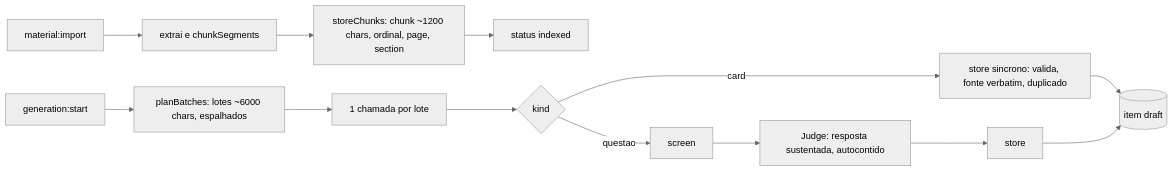
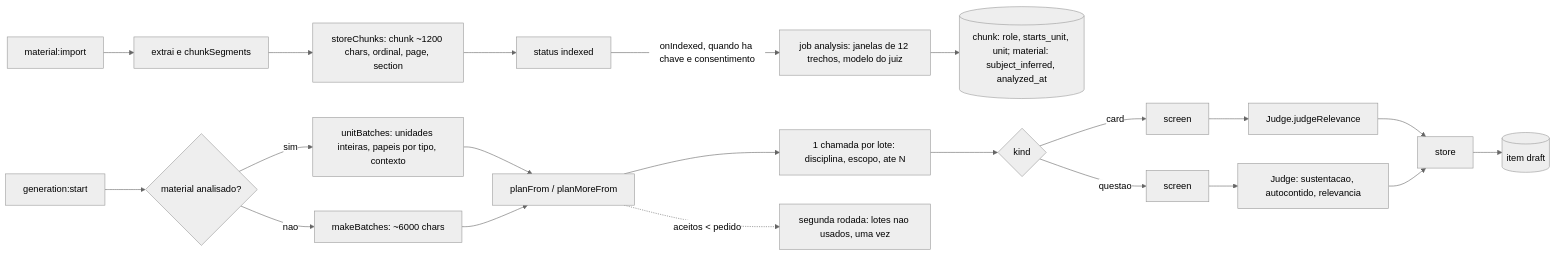
Before and after one commit to luk3rr/MIND: the diagram in .aidlc/codekb/MIND/areas/generation.md, drawn with Mermaid (neutral theme). The commit also changed other lines of this file and 10 other files, not shown here.

Commit message:
test(e2e): cover naming the subject of a material, and document the analysis in the guide

````diff
--- a/.aidlc/codekb/MIND/areas/generation.md
+++ b/.aidlc/codekb/MIND/areas/generation.md
@@ -7,13 +7,19 @@
 ```mermaid
 flowchart LR
   I[material:import] --> X[extrai e chunkSegments]
   X --> S[storeChunks: chunk ~1200 chars, ordinal, page, section]
   S --> OK[status indexed]
-  G[generation:start] --> P[planBatches: lotes ~6000 chars, espalhados]
-  P --> C[1 chamada por lote]
+  OK -- onIndexed, quando ha chave e consentimento --> AN[job analysis: janelas de 12 trechos, modelo do juiz]
+  AN --> CH[(chunk: role, starts_unit, unit; material: subject_inferred, analyzed_at)]
+  G[generation:start] --> PF{material analisado?}
+  PF -- sim --> UB[unitBatches: unidades inteiras, papeis por tipo, contexto]
+  PF -- nao --> MB[makeBatches: ~6000 chars]
+  UB --> P[planFrom / planMoreFrom]
+  MB --> P
+  P --> C[1 chamada por lote: disciplina, escopo, ate N]
   C --> Q{kind}
-  Q -- card --> CS[store sincrono: valida, fonte verbatim, duplicado]
-  Q -- questao --> SC[screen] --> J[Judge: resposta sustentada, autocontido] --> QS[store]
-  CS --> D[(item draft)]
-  QS --> D
+  Q -- card --> CS[screen] --> RJ[Judge.judgeRelevance] --> ST[store]
+  Q -- questao --> SC[screen] --> J[Judge: sustentacao, autocontido, relevancia] --> ST
+  ST --> D[(item draft)]
+  P -. aceitos < pedido .-> R2[segunda rodada: lotes nao usados, uma vez]
 ```
````
